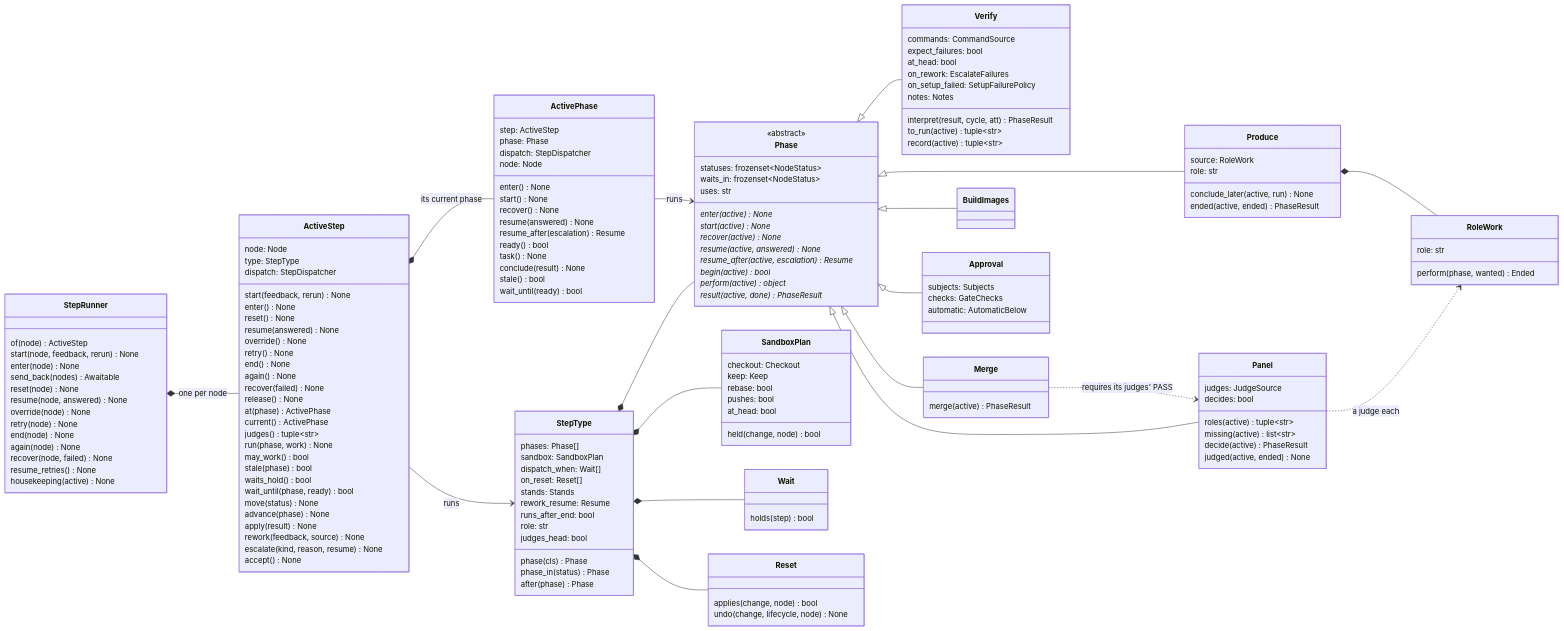
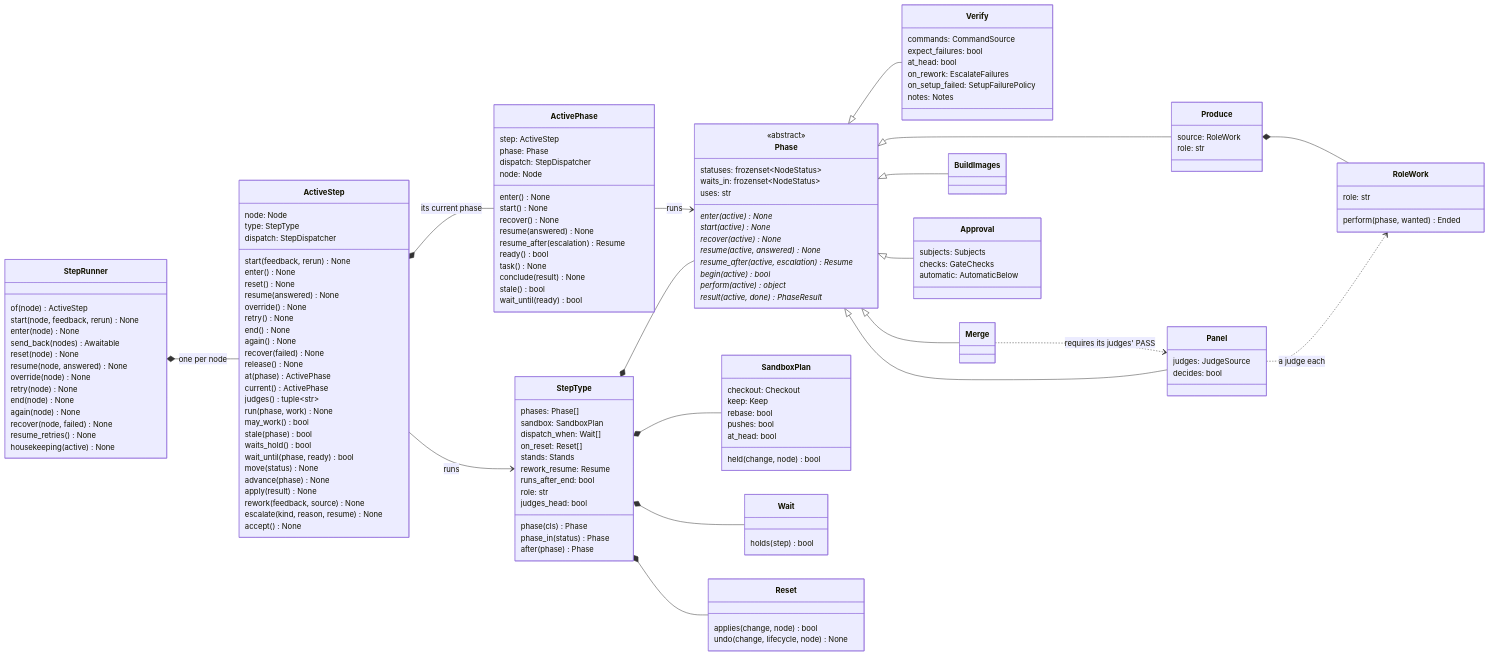
One commit to mr-miles/orchestrator changed the fourth of 6 diagrams in docs/architecture.md. Above: the diagram before and after it, drawn with Mermaid. The commit also changed other lines of this file and 4 other files, not shown here.

```diff
--- a/docs/architecture.md
+++ b/docs/architecture.md
@@ -429,8 +429,6 @@
     class Produce {
         source: RoleWork
         role: str
-        conclude_later(active, run) None
-        ended(active, ended) PhaseResult
     }
     class RoleWork {
         role: str
@@ -443,21 +441,12 @@
         on_rework: EscalateFailures
         on_setup_failed: SetupFailurePolicy
         notes: Notes
-        interpret(result, cycle, att) PhaseResult
-        to_run(active) tuple~str~
-        record(active) tuple~str~
     }
     class Panel {
         judges: JudgeSource
         decides: bool
-        roles(active) tuple~str~
-        missing(active) list~str~
-        decide(active) PhaseResult
-        judged(active, ended) None
     }
-    class Merge {
-        merge(active) PhaseResult
-    }
+    class Merge
     class BuildImages
     class Approval {
         subjects: Subjects
```
